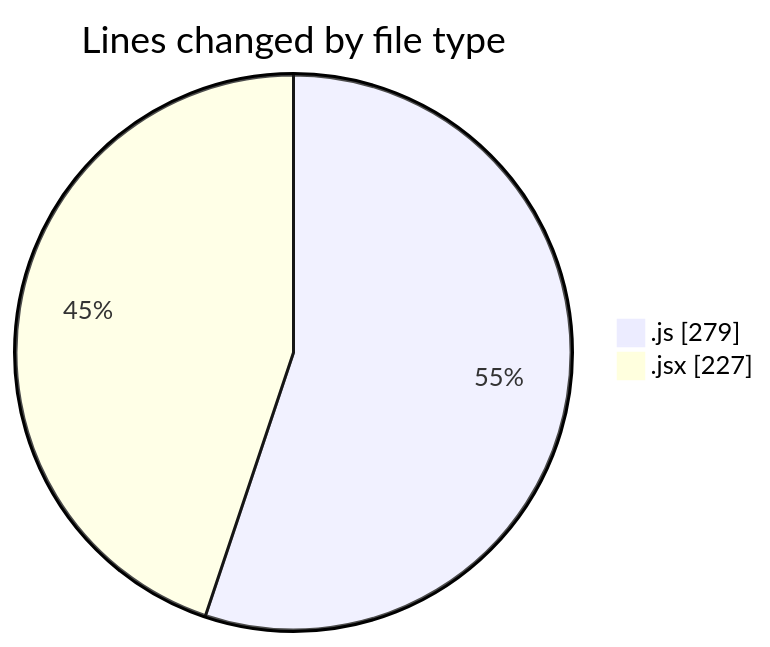
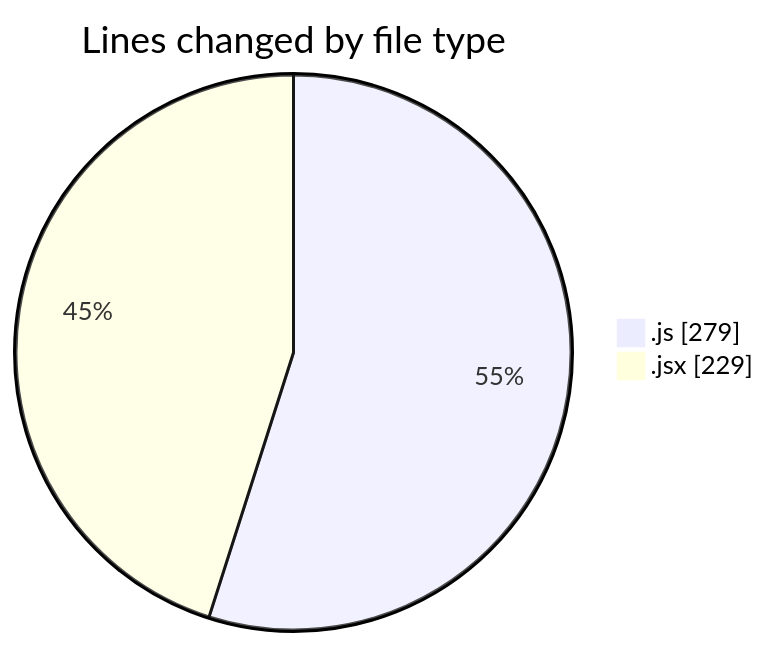
One commit to momahboobian/code-tracking changed the first of 2 diagrams in 2026-03-03/cda/README.md. Above: the diagram before and after it, drawn with Mermaid. The commit also changed other lines of this file and 1 other file, not shown here.

````diff
--- a/2026-03-03/cda/README.md
+++ b/2026-03-03/cda/README.md
@@ -21,6 +21,6 @@
 ```mermaid
 pie showData
 title Lines changed by file type
 ".js" : 279
-".jsx" : 227
+".jsx" : 229
 ```
````
